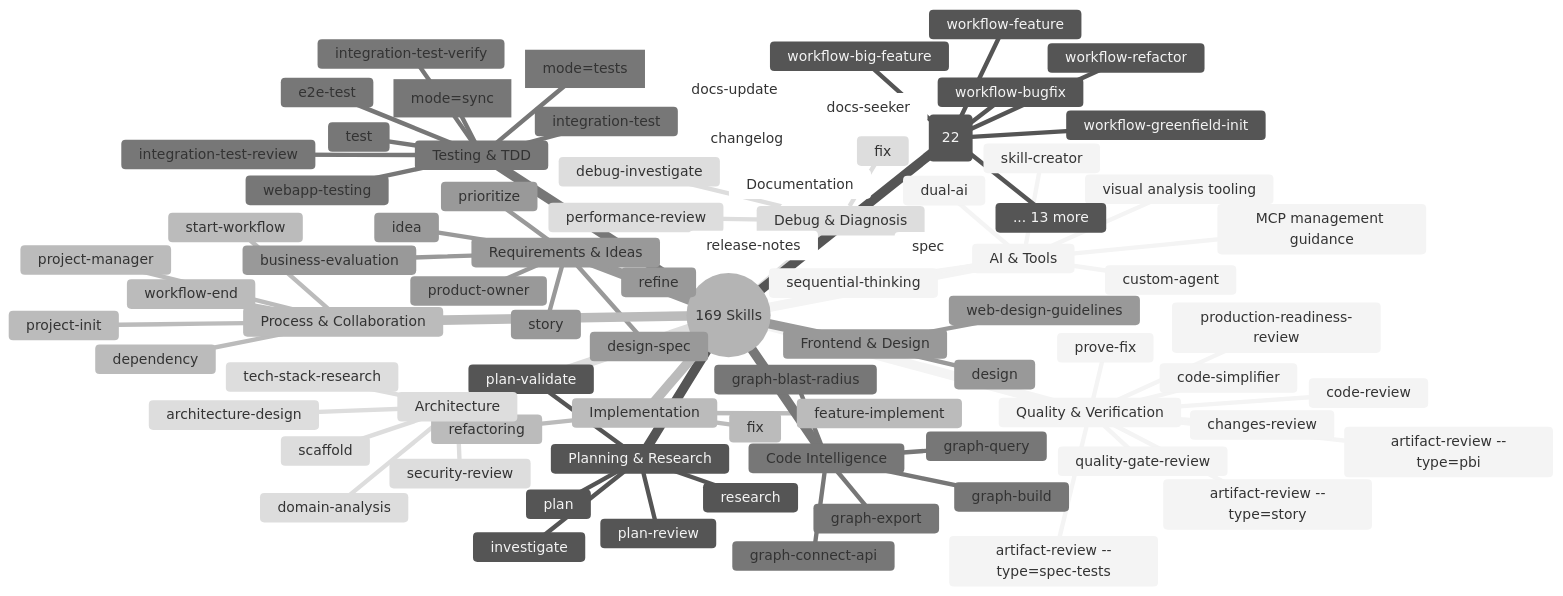
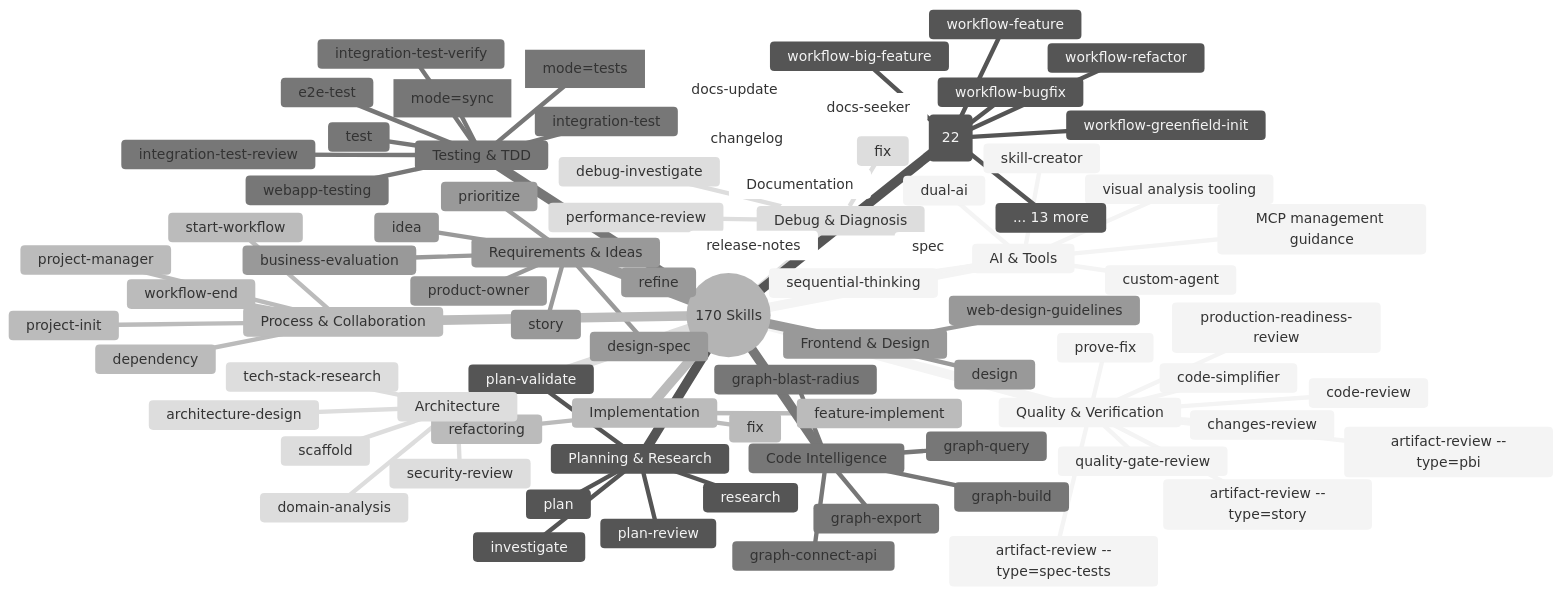
The fifth of 20 diagrams in .claude/docs/claude-ai-agent-framework-guide.md (duc01226/easy-claude), drawn with Mermaid (neutral theme) before and after one commit. The commit also changed other lines of this file and 25 other files, not shown here.

````diff
--- a/.claude/docs/claude-ai-agent-framework-guide.md
+++ b/.claude/docs/claude-ai-agent-framework-guide.md
@@ -460,6 +460,6 @@
 ```mermaid
 mindmap
-  root((169 Skills))
+  root((170 Skills))
     Quality & Verification
       code-review
       prove-fix
````
